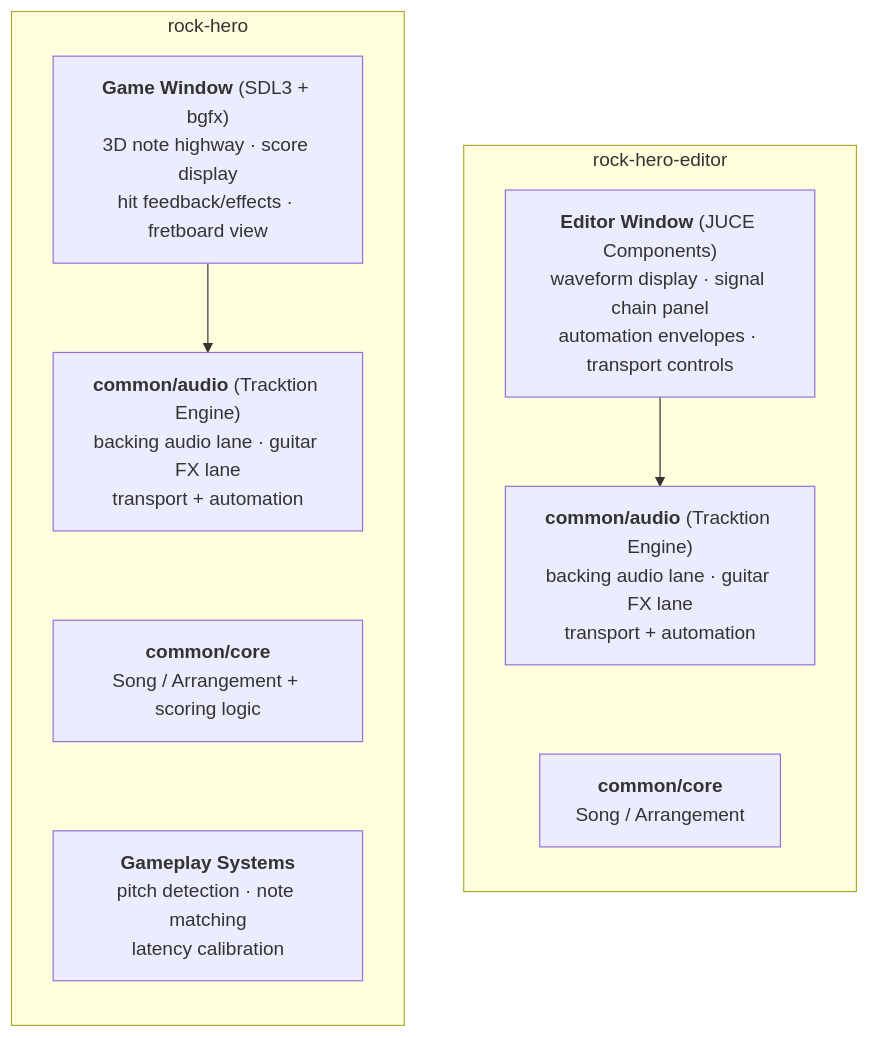
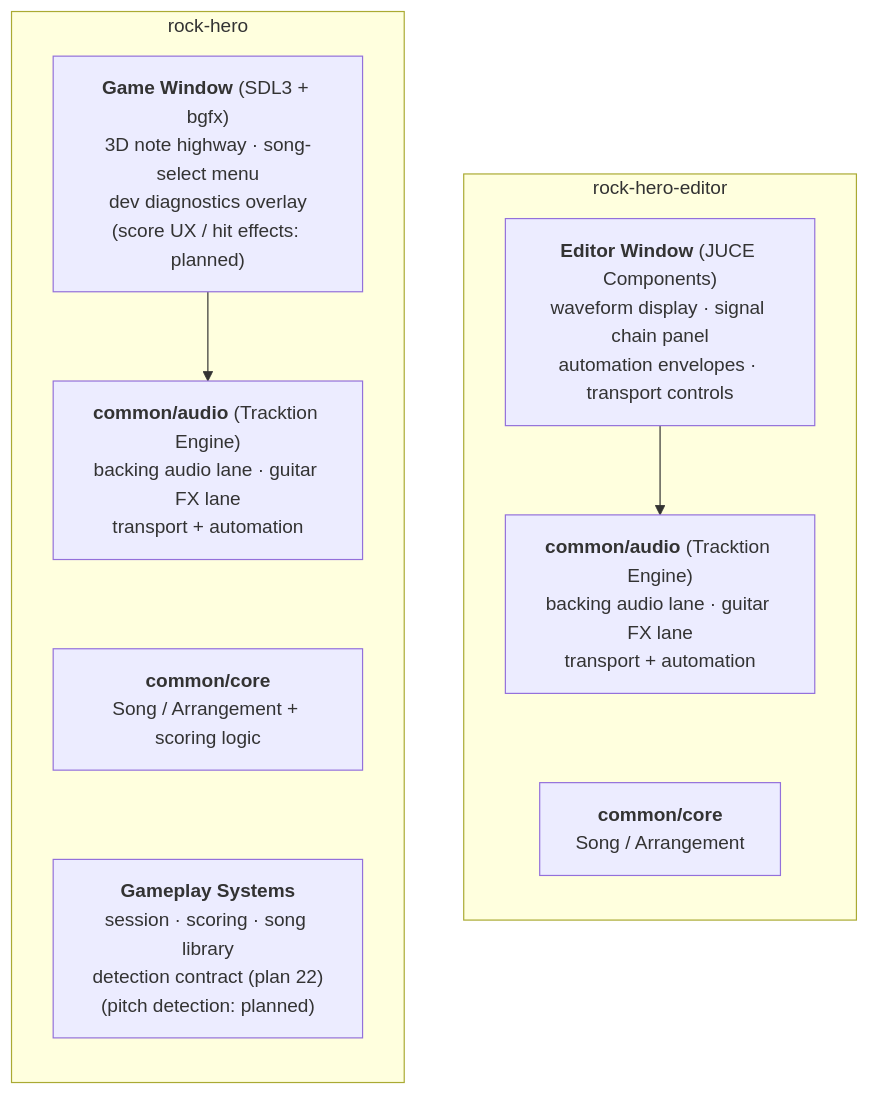
Before and after one commit to tnt-coders/RockHero: the first of 2 diagrams in docs/design/architecture.md, drawn with Mermaid. The commit also changed other lines of this file, not shown here.

First line of the commit message:
Synced architecture.md with shipped editor and game subsystems

````diff
--- a/docs/design/architecture.md
+++ b/docs/design/architecture.md
@@ -398,33 +400,35 @@
 ```mermaid
 flowchart TB
     subgraph editor["rock-hero-editor"]
         direction TB
         editor_window["`**Editor Window** (JUCE Components)
         waveform display · signal chain panel
         automation envelopes · transport controls`"]
         editor_audio["`**common/audio** (Tracktion Engine)
         backing audio lane · guitar FX lane
         transport + automation`"]
         editor_core["`**common/core**
         Song / Arrangement`"]
         editor_window --> editor_audio
         editor_audio ~~~ editor_core
     end
     subgraph game["rock-hero"]
         direction TB
         game_window["`**Game Window** (SDL3 + bgfx)
-        3D note highway · score display
-        hit feedback/effects · fretboard view`"]
+        3D note highway · song-select menu
+        dev diagnostics overlay
+        (score UX / hit effects: planned)`"]
         game_audio["`**common/audio** (Tracktion Engine)
         backing audio lane · guitar FX lane
         transport + automation`"]
         game_core["`**common/core**
         Song / Arrangement + scoring logic`"]
         gameplay["`**Gameplay Systems**
-        pitch detection · note matching
-        latency calibration`"]
+        session · scoring · song library
+        detection contract (plan 22)
+        (pitch detection: planned)`"]
         game_window --> game_audio
         game_audio ~~~ game_core
         game_core ~~~ gameplay
     end
 ```
````
